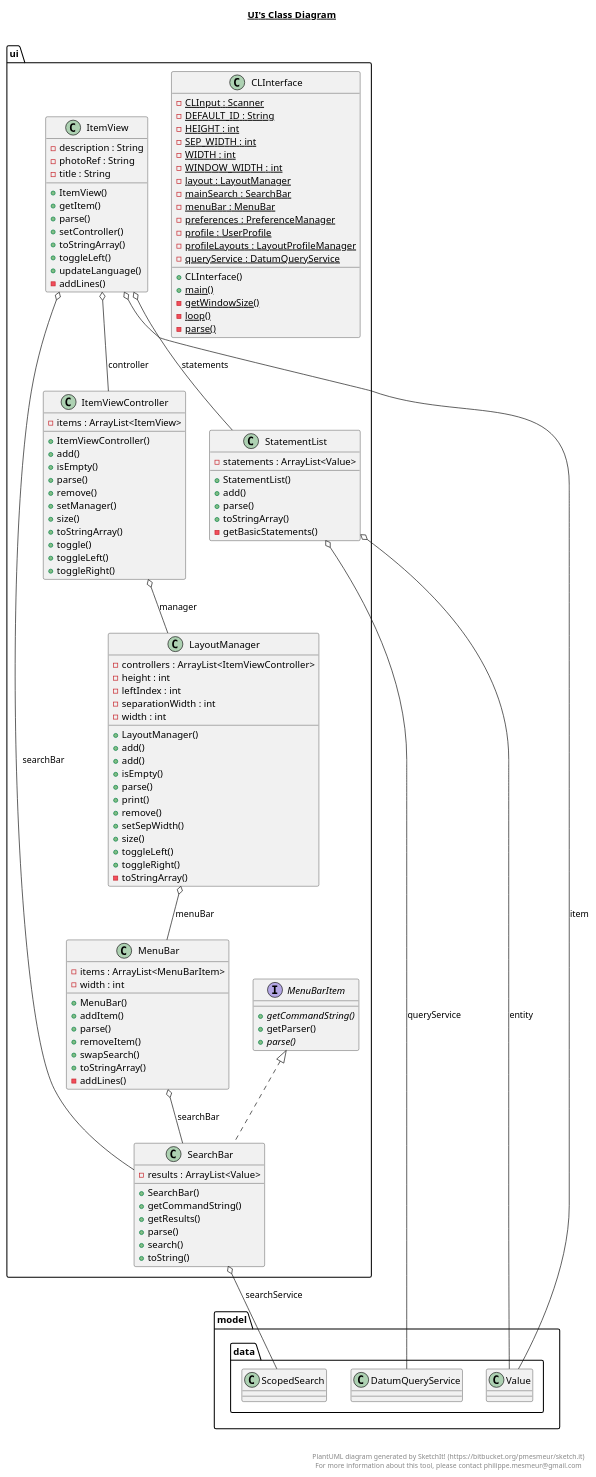
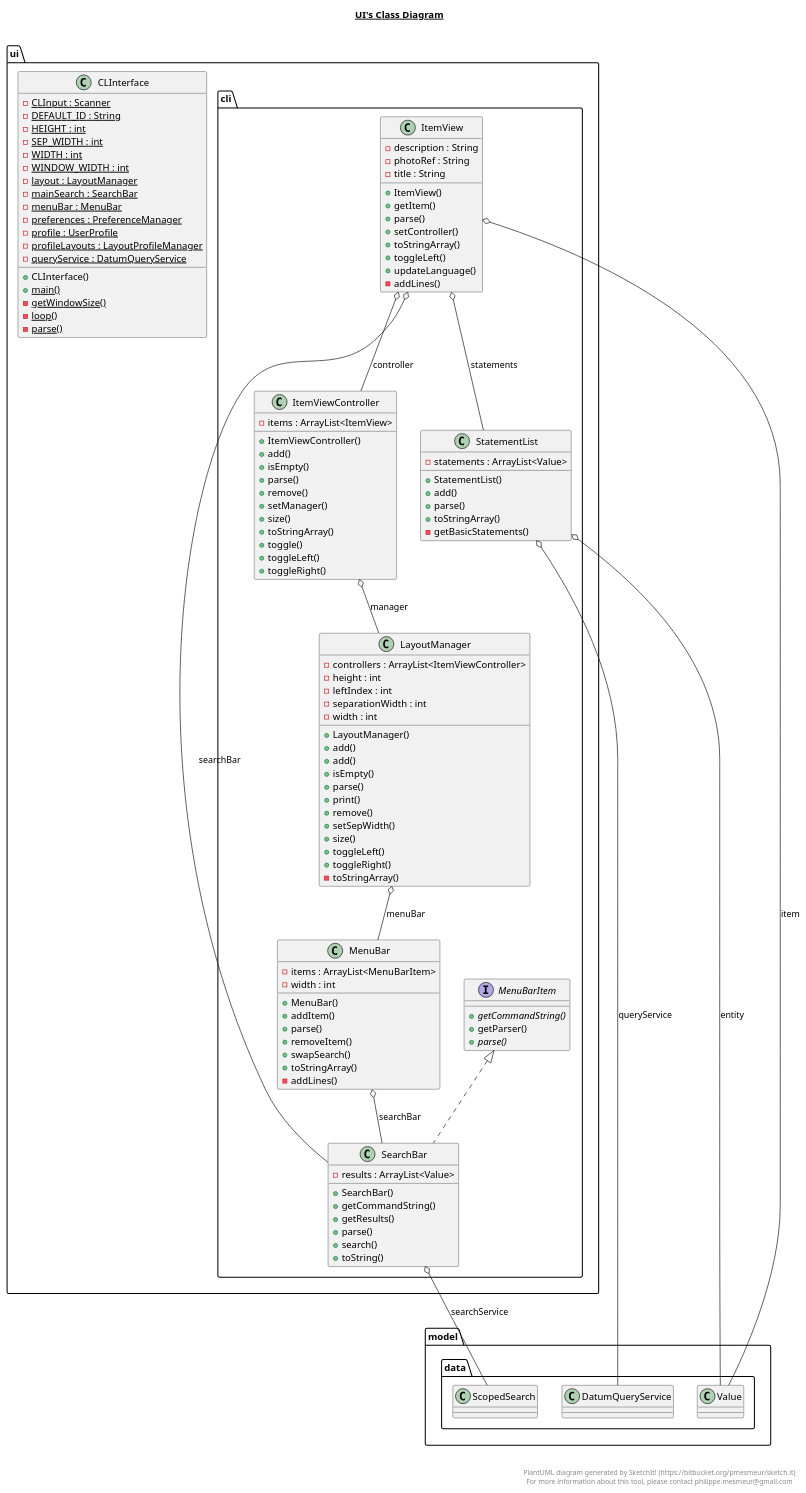
One commit to Bryce-MW/WikidataExplorer changed the diagram in src/main/ui/ui.plantuml. Above: the diagram before and after it, drawn with PlantUML. The commit also changed 45 other files, not shown here.

Commit message:
Refactor of CLI related items into a cli package in preparation for the move to graphics based

```diff
--- a/src/main/ui/ui.plantuml
+++ b/src/main/ui/ui.plantuml
@@ -1,156 +1,156 @@
 @startuml
 
 title __UI's Class Diagram__\n
 
   namespace ui {
     class ui.CLInterface {
         {static} - CLInput : Scanner
         {static} - DEFAULT_ID : String
         {static} - HEIGHT : int
         {static} - SEP_WIDTH : int
         {static} - WIDTH : int
         {static} - WINDOW_WIDTH : int
         {static} - layout : LayoutManager
         {static} - mainSearch : SearchBar
         {static} - menuBar : MenuBar
         {static} - preferences : PreferenceManager
         {static} - profile : UserProfile
         {static} - profileLayouts : LayoutProfileManager
         {static} - queryService : DatumQueryService
         + CLInterface()
         {static} + main()
         {static} - getWindowSize()
         {static} - loop()
         {static} - parse()
     }
   }
   
 
   namespace ui {
-    class ui.ItemView {
+    class ui.cli.ItemView {
         - description : String
         - photoRef : String
         - title : String
         + ItemView()
         + getItem()
         + parse()
         + setController()
         + toStringArray()
         + toggleLeft()
         + updateLanguage()
         - addLines()
     }
   }
   
 
   namespace ui {
-    class ui.ItemViewController {
+    class ui.cli.ItemViewController {
         - items : ArrayList<ItemView>
         + ItemViewController()
         + add()
         + isEmpty()
         + parse()
         + remove()
         + setManager()
         + size()
         + toStringArray()
         + toggle()
         + toggleLeft()
         + toggleRight()
     }
   }
   
 
   namespace ui {
-    class ui.LayoutManager {
+    class ui.cli.LayoutManager {
         - controllers : ArrayList<ItemViewController>
         - height : int
         - leftIndex : int
         - separationWidth : int
         - width : int
         + LayoutManager()
         + add()
         + add()
         + isEmpty()
         + parse()
         + print()
         + remove()
         + setSepWidth()
         + size()
         + toggleLeft()
         + toggleRight()
         - toStringArray()
     }
   }
   
 
   namespace ui {
-    class ui.MenuBar {
+    class ui.cli.MenuBar {
         - items : ArrayList<MenuBarItem>
         - width : int
         + MenuBar()
         + addItem()
         + parse()
         + removeItem()
         + swapSearch()
         + toStringArray()
         - addLines()
     }
   }
   
 
   namespace ui {
-    interface ui.MenuBarItem {
+    interface ui.cli.MenuBarItem {
         {abstract} + getCommandString()
         + getParser()
         {abstract} + parse()
     }
   }
   
 
   namespace ui {
-    class ui.SearchBar {
+    class ui.cli.SearchBar {
         - results : ArrayList<Value>
         + SearchBar()
         + getCommandString()
         + getResults()
         + parse()
         + search()
         + toString()
     }
   }
   
 
   namespace ui {
-    class ui.StatementList {
+    class ui.cli.StatementList {
         - statements : ArrayList<Value>
         + StatementList()
         + add()
         + parse()
         + toStringArray()
         - getBasicStatements()
     }
   }
   
 
-  ui.ItemView o-- ui.ItemViewController : controller
-  ui.ItemView o-- model.data.Value : item
-  ui.ItemView o-- ui.SearchBar : searchBar
-  ui.ItemView o-- ui.StatementList : statements
-  ui.ItemViewController o-- ui.LayoutManager : manager
-  ui.LayoutManager o-- ui.MenuBar : menuBar
-  ui.MenuBar o-- ui.SearchBar : searchBar
-  ui.SearchBar .up.|> ui.MenuBarItem
-  ui.SearchBar o-- model.data.ScopedSearch : searchService
-  ui.StatementList o-- model.data.Value : entity
-  ui.StatementList o-- model.data.DatumQueryService : queryService
+  ui.cli.ItemView o-- ui.cli.ItemViewController : controller
+  ui.cli.ItemView o-- model.data.Value : item
+  ui.cli.ItemView o-- ui.cli.SearchBar : searchBar
+  ui.cli.ItemView o-- ui.cli.StatementList : statements
+  ui.cli.ItemViewController o-- ui.cli.LayoutManager : manager
+  ui.cli.LayoutManager o-- ui.cli.MenuBar : menuBar
+  ui.cli.MenuBar o-- ui.cli.SearchBar : searchBar
+  ui.cli.SearchBar .up.|> ui.cli.MenuBarItem
+  ui.cli.SearchBar o-- model.data.ScopedSearch : searchService
+  ui.cli.StatementList o-- model.data.Value : entity
+  ui.cli.StatementList o-- model.data.DatumQueryService : queryService
 
 
 right footer
 
 
 PlantUML diagram generated by SketchIt! (https://bitbucket.org/pmesmeur/sketch.it)
 For more information about this tool, please contact philippe.mesmeur@gmail.com
 endfooter
 
 @enduml
```
